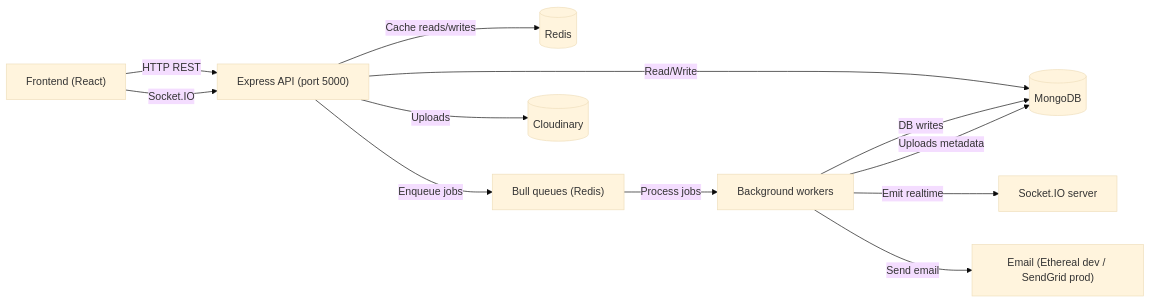
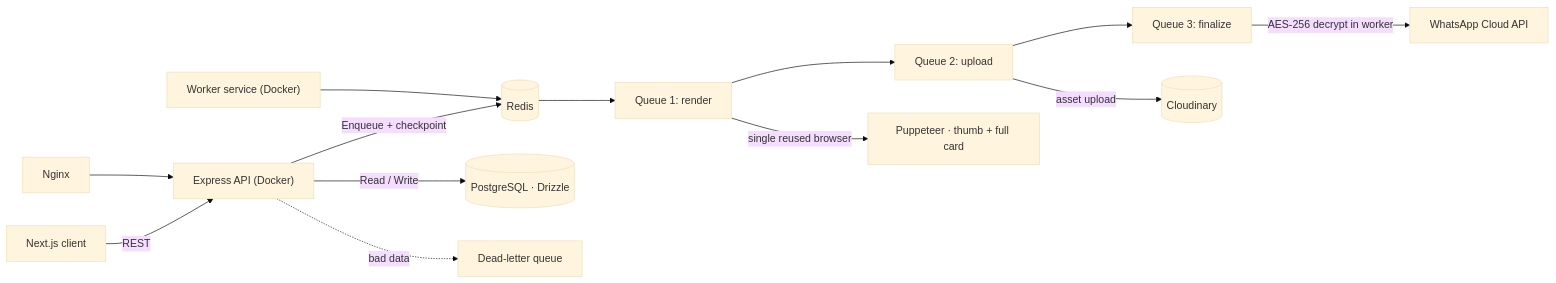
The diagram in README.md (SurajKhonde/SurajKhonde), drawn with Mermaid (base theme) before and after one commit. The commit also changed other lines of this file, not shown here.

````diff
--- a/README.md
+++ b/README.md
@@ -114,17 +130,18 @@
 ```mermaid
 flowchart LR
-FE["Frontend (React)"] -->|"HTTP REST"| API["Express API (port 5000)"]
-FE -->|"Socket.IO"| API
+  Client["Next.js client"] -->|REST| API["Express API (Docker)"]
+  API -->|"Enqueue + checkpoint"| Redis[(Redis)]
+  API -->|"Read / Write"| PG[(PostgreSQL · Drizzle)]
 
-API -->|"Read/Write"| Mongo[(MongoDB)]
-API -->|"Cache reads/writes"| Redis[(Redis)]
+  Redis --> Q1["Queue 1: render"]
+  Q1 --> Q2["Queue 2: upload"]
+  Q2 --> Q3["Queue 3: finalize"]
 
-API -->|"Enqueue jobs"| Bull["Bull queues (Redis)"]
-Bull -->|"Process jobs"| Workers["Background workers"]
-Workers -->|"DB writes"| Mongo
-Workers -->|"Emit realtime"| SIO["Socket.IO server"]
-Workers -->|"Send email"| Email["Email (Ethereal dev / SendGrid prod)"]
+  Q1 -->|"single reused browser"| PPTR["Puppeteer · thumb + full card"]
+  Q2 -->|"asset upload"| Cloud[(Cloudinary)]
+  Q3 -->|"AES-256 decrypt in worker"| WA["WhatsApp Cloud API"]
 
-API -->|"Uploads"| Cloudinary[(Cloudinary)]
-Workers -->|"Uploads metadata"| Mongo
+  API -. "bad data" .-> DLQ["Dead-letter queue"]
+  Worker["Worker service (Docker)"] --> Redis
+  Nginx["Nginx"] --> API
 ```
````
